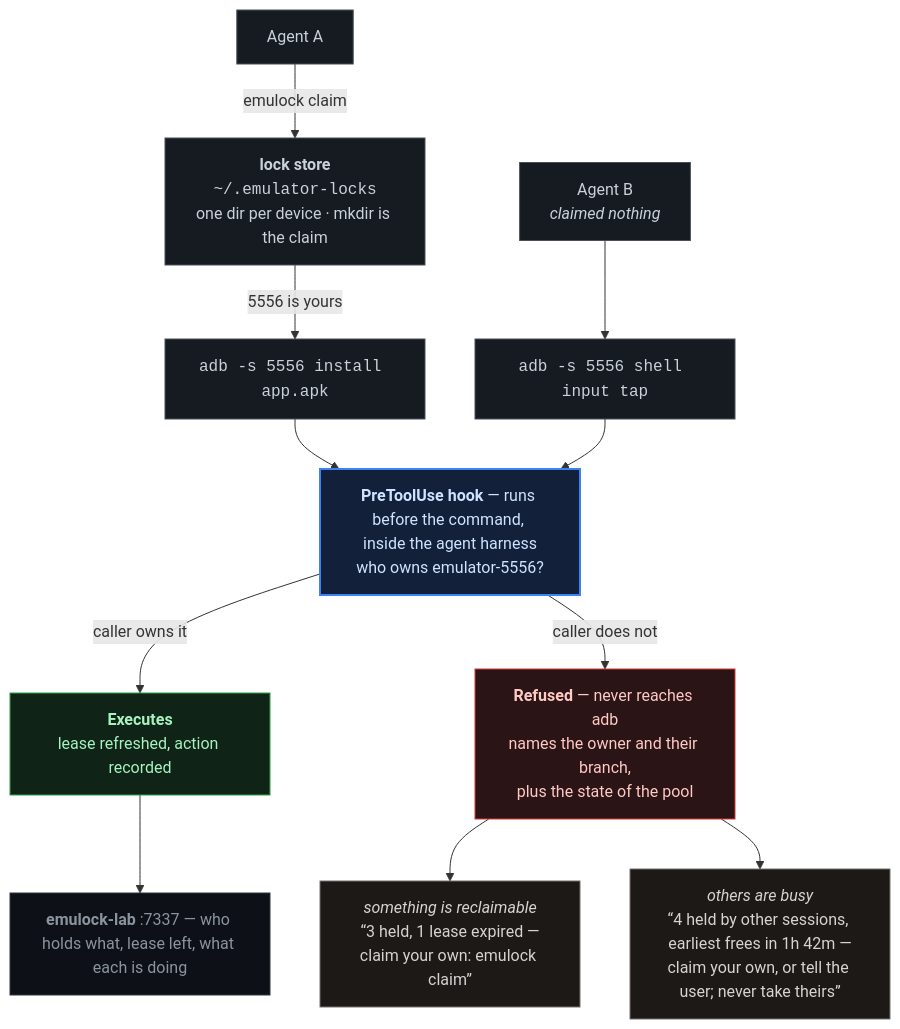
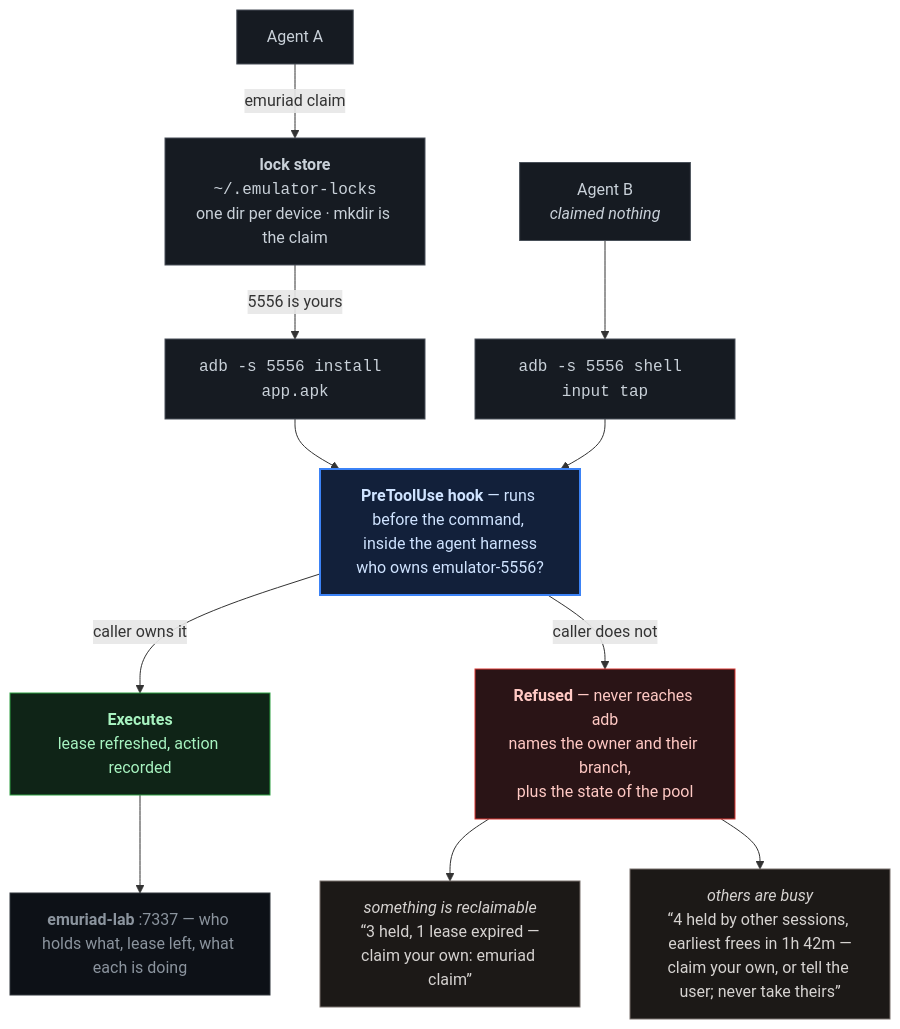
Before and after one commit to BoukhariAyoub/emulock: the diagram in README.md, drawn with Mermaid. The commit also changed other lines of this file and 17 other files, not shown here.

First line of the commit message:
Rename emulock to emuriad

````diff
--- a/README.md
+++ b/README.md
@@ -50,33 +50,33 @@
 ```mermaid
 flowchart TB
-    A["Agent A"] -->|"emulock claim"| LS["<b>lock store</b><br/><code>~/.emulator-locks</code><br/>one dir per device · mkdir is the claim"]
+    A["Agent A"] -->|"emuriad claim"| LS["<b>lock store</b><br/><code>~/.emulator-locks</code><br/>one dir per device · mkdir is the claim"]
     B["Agent B<br/><i>claimed nothing</i>"] --> CB
 
     LS -->|"5556 is yours"| CA["<code>adb -s 5556 install app.apk</code>"]
     CB["<code>adb -s 5556 shell input tap</code>"]
 
     CA --> HOOK
     CB --> HOOK
     HOOK["<b>PreToolUse hook</b> — runs before the command, inside the agent harness<br/>who owns emulator-5556?"]
 
     HOOK -->|"caller owns it"| OK["<b>Executes</b><br/>lease refreshed, action recorded"]
     HOOK -->|"caller does not"| NO["<b>Refused</b> — never reaches adb<br/>names the owner and their branch,<br/>plus the state of the pool"]
 
-    NO --> FREE["<i>something is reclaimable</i><br/>“3 held, 1 lease expired —<br/>claim your own: emulock claim”"]
+    NO --> FREE["<i>something is reclaimable</i><br/>“3 held, 1 lease expired —<br/>claim your own: emuriad claim”"]
     NO --> BUSY["<i>others are busy</i><br/>“4 held by other sessions, earliest frees in 1h 42m —<br/>claim your own, or tell the user; never take theirs”"]
 
-    OK --> LAB["<b>emulock-lab</b> :7337 — who holds what, lease left, what each is doing"]
+    OK --> LAB["<b>emuriad-lab</b> :7337 — who holds what, lease left, what each is doing"]
 
     classDef n fill:#161b22,stroke:#484f58,color:#c9d1d9
     classDef h fill:#12203a,stroke:#3b82f6,color:#cfe3ff,stroke-width:2px
     classDef p fill:#0f2417,stroke:#2ea043,color:#a7f3c0
     classDef d fill:#2a1416,stroke:#da3633,color:#ffc9c4
     classDef o fill:#1c1917,stroke:#78716c,color:#d6d3d1
     classDef q fill:#0d1117,stroke:#30363d,color:#8b949e
     class A,B,LS,CA,CB n
     class HOOK h
     class OK p
     class NO d
     class FREE,BUSY o
     class LAB q
 ```
````
